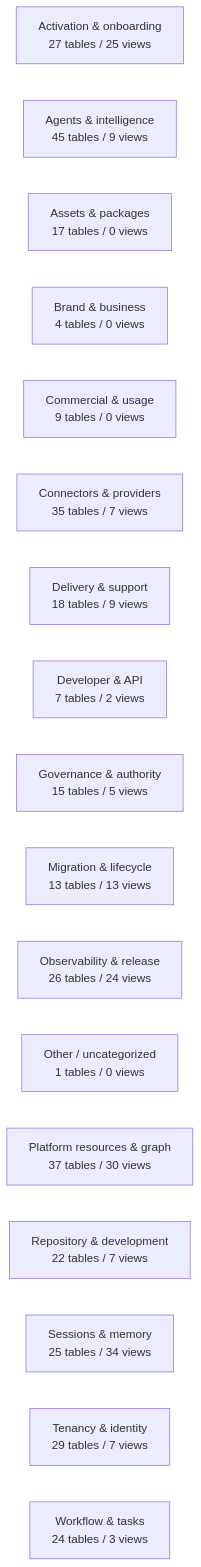
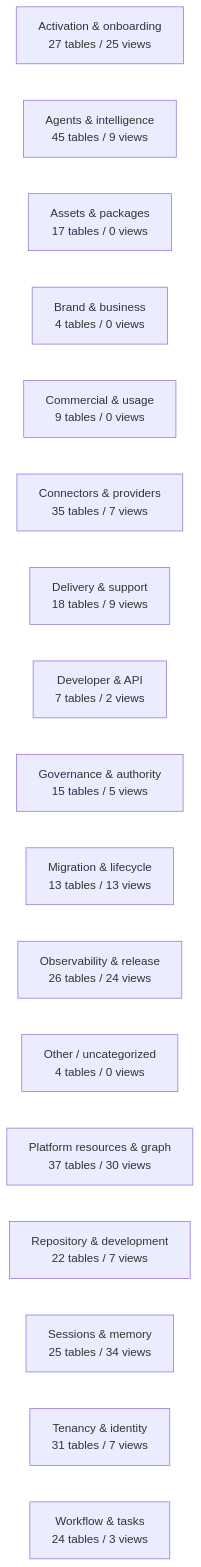
One commit to mad4bdigital-ai/multi-business-multi-role-growth-intelligence-os changed the diagram in docs/work-maps/data-model-domain-map.md. Above: the diagram before and after it, drawn with Mermaid. The commit also changed other lines of this file and 3 other files, not shown here.

````diff
--- a/docs/work-maps/data-model-domain-map.md
+++ b/docs/work-maps/data-model-domain-map.md
@@ -9,20 +9,20 @@
 ```mermaid
 flowchart LR
   n_Activation___onboarding["Activation & onboarding<br/>27 tables / 25 views"]
   n_Agents___intelligence["Agents & intelligence<br/>45 tables / 9 views"]
   n_Assets___packages["Assets & packages<br/>17 tables / 0 views"]
   n_Brand___business["Brand & business<br/>4 tables / 0 views"]
   n_Commercial___usage["Commercial & usage<br/>9 tables / 0 views"]
   n_Connectors___providers["Connectors & providers<br/>35 tables / 7 views"]
   n_Delivery___support["Delivery & support<br/>18 tables / 9 views"]
   n_Developer___API["Developer & API<br/>7 tables / 2 views"]
   n_Governance___authority["Governance & authority<br/>15 tables / 5 views"]
   n_Migration___lifecycle["Migration & lifecycle<br/>13 tables / 13 views"]
   n_Observability___release["Observability & release<br/>26 tables / 24 views"]
-  n_Other___uncategorized["Other / uncategorized<br/>1 tables / 0 views"]
+  n_Other___uncategorized["Other / uncategorized<br/>4 tables / 0 views"]
   n_Platform_resources___graph["Platform resources & graph<br/>37 tables / 30 views"]
   n_Repository___development["Repository & development<br/>22 tables / 7 views"]
   n_Sessions___memory["Sessions & memory<br/>25 tables / 34 views"]
-  n_Tenancy___identity["Tenancy & identity<br/>29 tables / 7 views"]
+  n_Tenancy___identity["Tenancy & identity<br/>31 tables / 7 views"]
   n_Workflow___tasks["Workflow & tasks<br/>24 tables / 3 views"]
 ```
````
